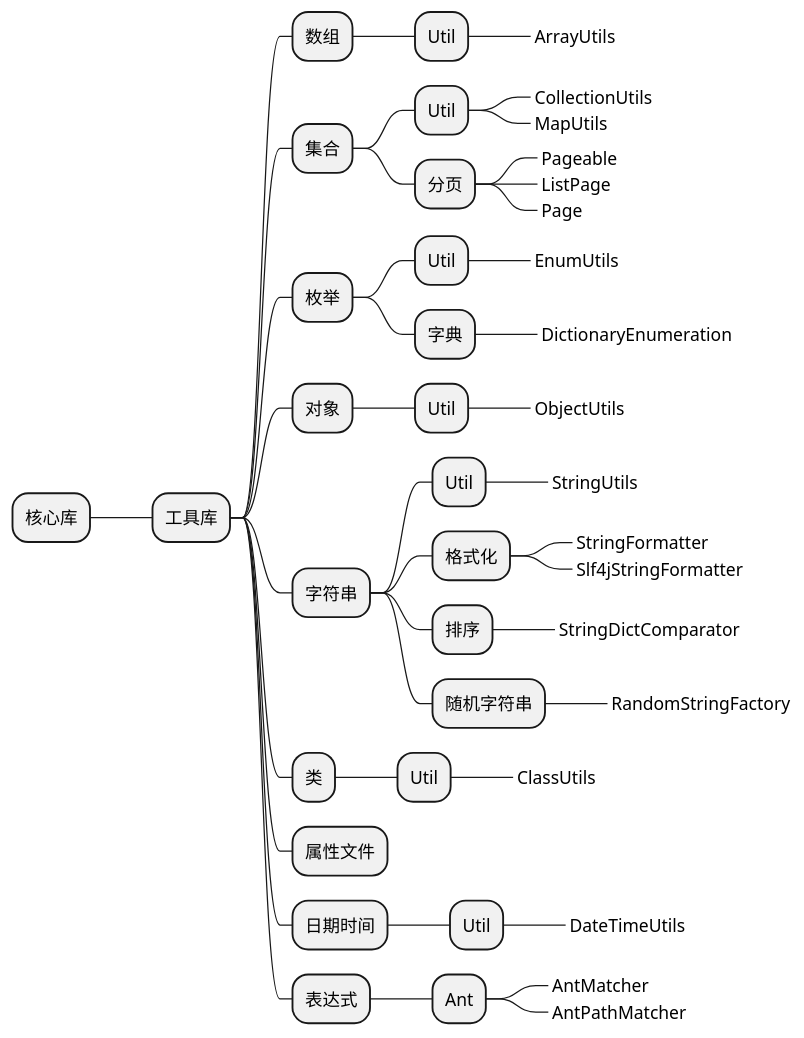
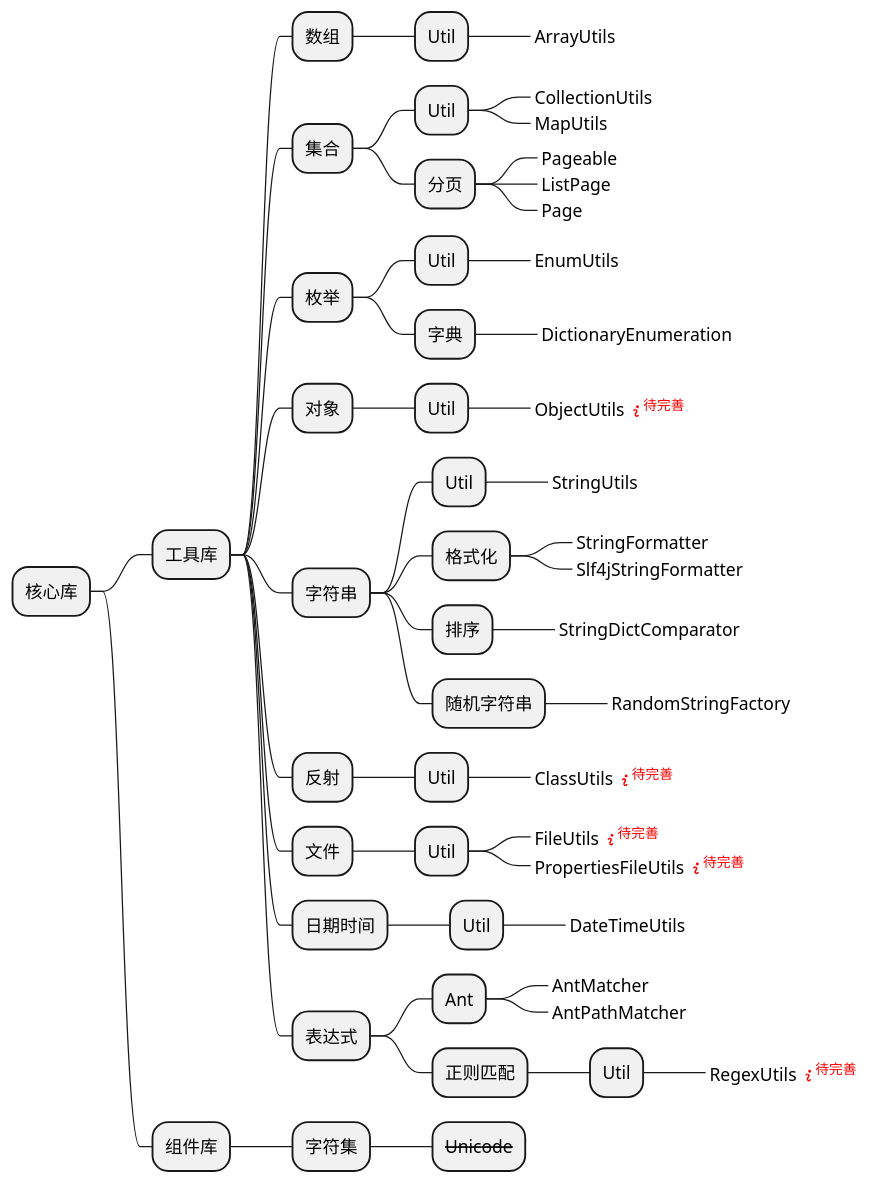
Before and after one commit to akudy/beehive-parent: the diagram in beehive-core/src/main/resources/design-thought/core-overview.puml, drawn with PlantUML. The commit also changed 31 other files, not shown here.

```diff
--- a/beehive-core/src/main/resources/design-thought/core-overview.puml
+++ b/beehive-core/src/main/resources/design-thought/core-overview.puml
@@ -1,55 +1,66 @@
 @startmindmap
 * 核心库
 ** 工具库
 
 *** 数组
 **** Util
 *****_ ArrayUtils
 
 *** 集合
 **** Util
 *****_ CollectionUtils
 *****_ MapUtils
 **** 分页
 *****_ Pageable
 *****_ ListPage
 *****_ Page
 
 *** 枚举
 **** Util
 *****_ EnumUtils
 **** 字典
 *****_ DictionaryEnumeration
 
 *** 对象
 **** Util
-*****_ ObjectUtils
+*****_ ObjectUtils <font color=red><&info><sup>待完善</sup></font>
 
 *** 字符串
 **** Util
 *****_ StringUtils
 **** 格式化
 *****_ StringFormatter
 *****_ Slf4jStringFormatter
 **** 排序
 *****_ StringDictComparator
 **** 随机字符串
 *****_ RandomStringFactory
 
-*** 类
+*** 反射
 **** Util
-*****_ ClassUtils
+*****_ ClassUtils <font color=red><&info><sup>待完善</sup></font>
 
-*** 属性文件
+*** 文件
+**** Util
+*****_ FileUtils <font color=red><&info><sup>待完善</sup></font>
+*****_ PropertiesFileUtils <font color=red><&info><sup>待完善</sup></font>
 
 
 *** 日期时间
 **** Util
 *****_ DateTimeUtils
 
 *** 表达式
 **** Ant
 *****_ AntMatcher
 *****_ AntPathMatcher
+**** 正则匹配
+***** Util
+******_ RegexUtils <font color=red><&info><sup>待完善</sup></font>
+
+** 组件库
+
+*** 字符集
+**** <del>Unicode</del>
 
 @endmindmap
```
